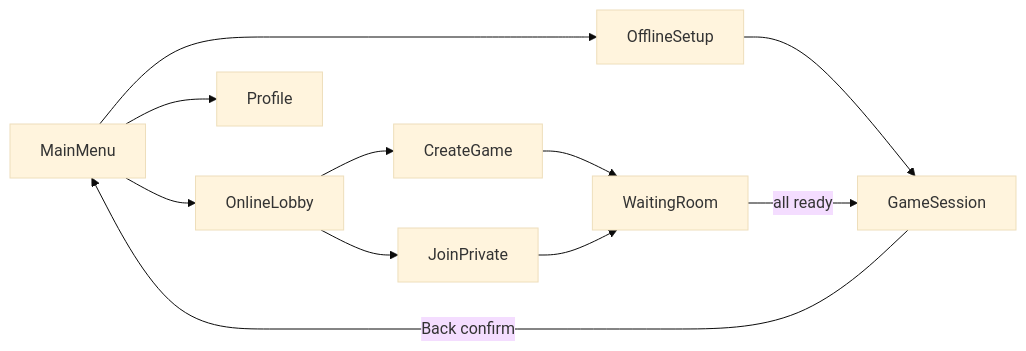
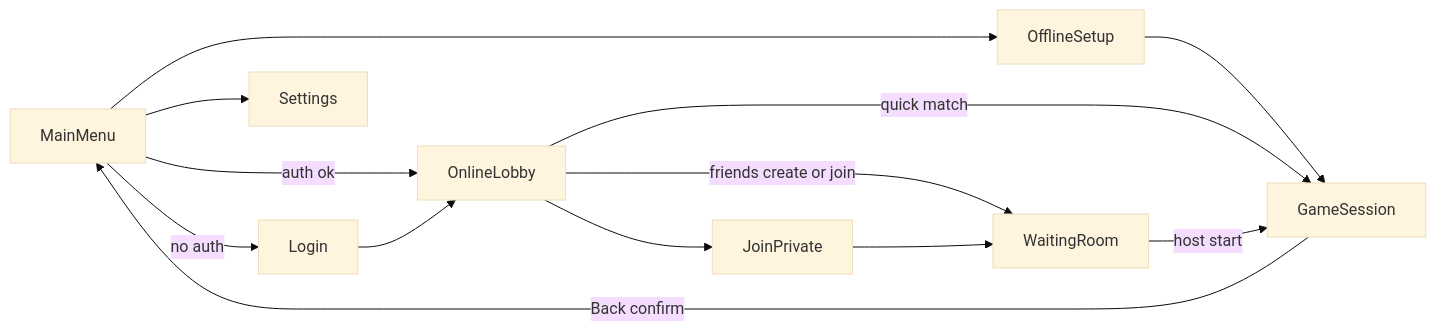
Before and after one commit to ivanbogomoloff/fool-card-game: the first of 12 diagrams in docs/architecture/navigation-and-screens.md, drawn with Mermaid (base theme). The commit also changed other lines of this file and 45 other files, not shown here.

````diff
--- a/docs/architecture/navigation-and-screens.md
+++ b/docs/architecture/navigation-and-screens.md
@@ -9,13 +9,15 @@
 ```mermaid
 flowchart LR
     MainMenu --> OfflineSetup
-    MainMenu --> OnlineLobby
-    MainMenu --> Profile
+    MainMenu -->|no auth| Login
+    MainMenu -->|auth ok| OnlineLobby
+    Login --> OnlineLobby
+    MainMenu --> Settings
     OfflineSetup --> GameSession
-    OnlineLobby --> CreateGame
+    OnlineLobby -->|quick match| GameSession
+    OnlineLobby -->|friends create or join| WaitingRoom
     OnlineLobby --> JoinPrivate
-    CreateGame --> WaitingRoom
     JoinPrivate --> WaitingRoom
-    WaitingRoom -->|all ready| GameSession
+    WaitingRoom -->|host start| GameSession
     GameSession -->|Back confirm| MainMenu
 ```
````
